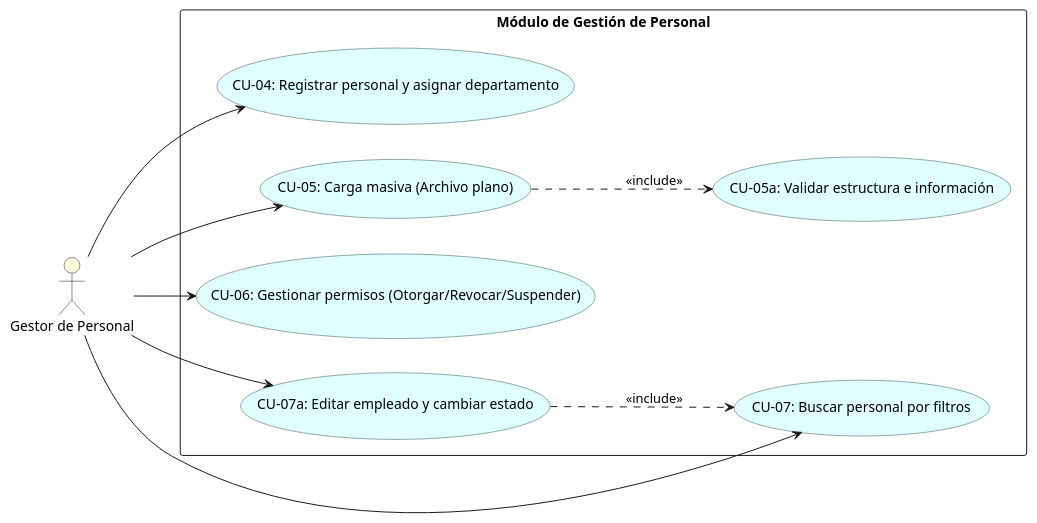
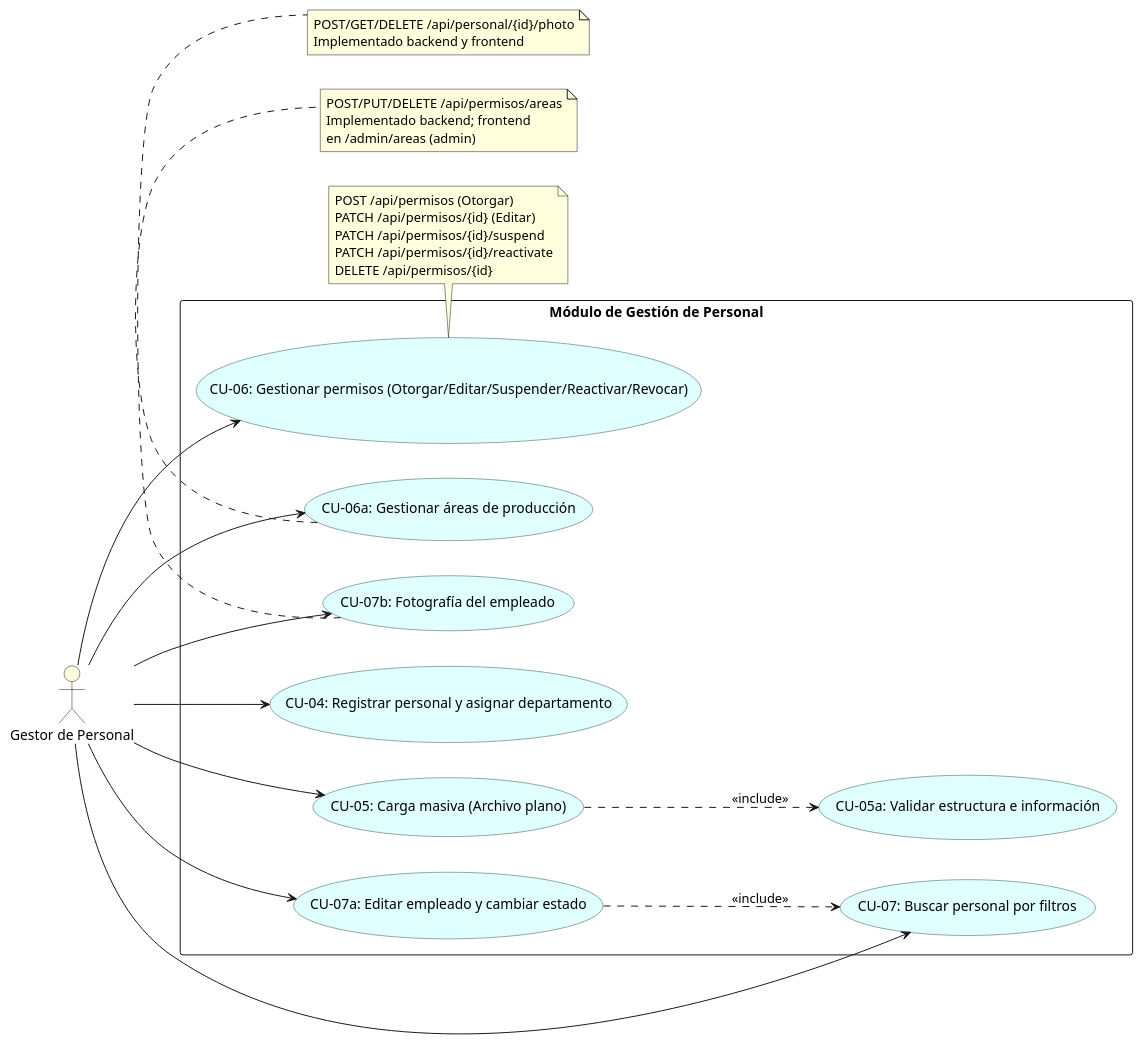
Before and after one commit to ElianMMCode/Zone-Control: the diagram in docs/diagramas/casos_uso/04_modulo_gestion_personal.puml, drawn with PlantUML. The commit also changed 15 other files, not shown here.

First line of the commit message:
docs: sync implemented/pending state across plan, diagrams and HUs

```diff
--- a/docs/diagramas/casos_uso/04_modulo_gestion_personal.puml
+++ b/docs/diagramas/casos_uso/04_modulo_gestion_personal.puml
@@ -1,29 +1,52 @@
 @startuml
 skinparam usecase {
     BackgroundColor LightCyan
     BorderColor DarkSlateGray
 }
 skinparam packageStyle rectangle
 left to right direction
 
 actor "Gestor de Personal" as Gestor #LightYellow
 
 package "Módulo de Gestión de Personal" {
     usecase "CU-04: Registrar personal y asignar departamento" as UC_Gest1
     usecase "CU-05: Carga masiva (Archivo plano)" as UC_Gest2
     usecase "CU-05a: Validar estructura e información" as UC_Gest3
-    usecase "CU-06: Gestionar permisos (Otorgar/Revocar/Suspender)" as UC_Gest4
+    usecase "CU-06: Gestionar permisos (Otorgar/Editar/Suspender/Reactivar/Revocar)" as UC_Gest4
+    usecase "CU-06a: Gestionar áreas de producción" as UC_Gest7
     usecase "CU-07: Buscar personal por filtros" as UC_Gest5
     usecase "CU-07a: Editar empleado y cambiar estado" as UC_Gest6
+    usecase "CU-07b: Fotografía del empleado" as UC_Gest8
 
     UC_Gest2 ..> UC_Gest3 : <<include>>
     UC_Gest6 ..> UC_Gest5 : <<include>>
 }
 
 Gestor --> UC_Gest1
 Gestor --> UC_Gest2
 Gestor --> UC_Gest4
 Gestor --> UC_Gest5
 Gestor --> UC_Gest6
+Gestor --> UC_Gest7
+Gestor --> UC_Gest8
+
+note bottom of UC_Gest4
+  POST /api/permisos (Otorgar)
+  PATCH /api/permisos/{id} (Editar)
+  PATCH /api/permisos/{id}/suspend
+  PATCH /api/permisos/{id}/reactivate
+  DELETE /api/permisos/{id}
+end note
+
+note bottom of UC_Gest7
+  POST/PUT/DELETE /api/permisos/areas
+  Implementado backend; frontend
+  en /admin/areas (admin)
+end note
+
+note bottom of UC_Gest8
+  POST/GET/DELETE /api/personal/{id}/photo
+  Implementado backend y frontend
+end note
 
 @enduml
```
